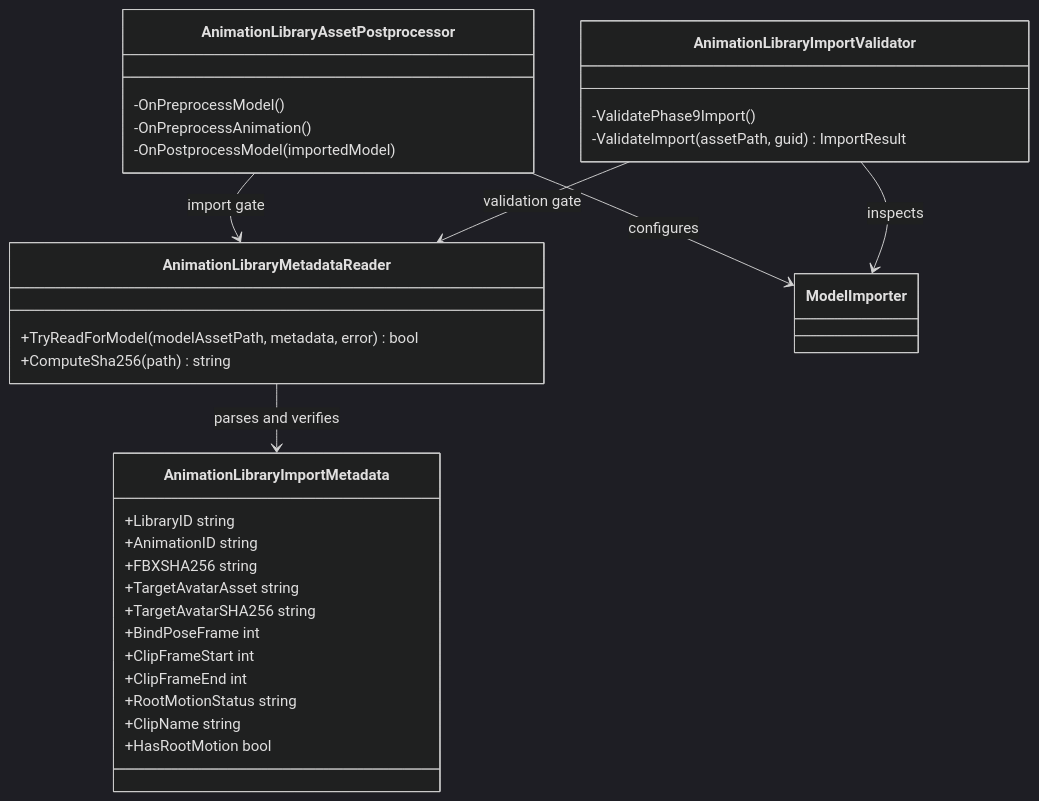
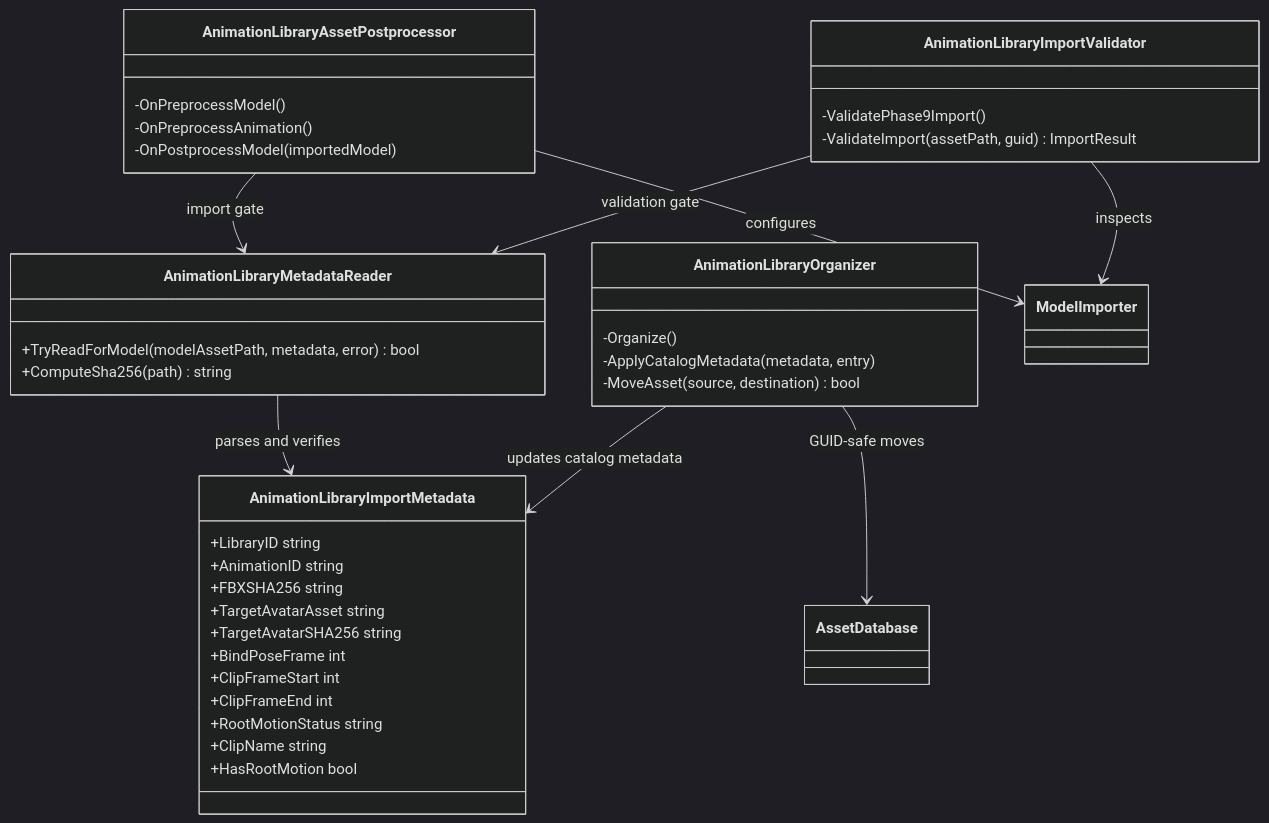
Before and after one commit to MaximFonariuc/project-s: the diagram in Assets/_App/Core/Editor/AnimationLibrary/README.md, drawn with Mermaid (dark theme). The commit also changed other lines of this file and 5996 other files, not shown here.

Commit message:
Organize imported player animation catalog

````diff
--- a/Assets/_App/Core/Editor/AnimationLibrary/README.md
+++ b/Assets/_App/Core/Editor/AnimationLibrary/README.md
@@ -5,35 +5,42 @@
 ```mermaid
 classDiagram
     class AnimationLibraryImportMetadata {
         +LibraryID string
         +AnimationID string
         +FBXSHA256 string
         +TargetAvatarAsset string
         +TargetAvatarSHA256 string
         +BindPoseFrame int
         +ClipFrameStart int
         +ClipFrameEnd int
         +RootMotionStatus string
         +ClipName string
         +HasRootMotion bool
     }
     class AnimationLibraryMetadataReader {
         +TryReadForModel(modelAssetPath, metadata, error) bool
         +ComputeSha256(path) string
     }
     class AnimationLibraryAssetPostprocessor {
         -OnPreprocessModel()
         -OnPreprocessAnimation()
         -OnPostprocessModel(importedModel)
     }
     class AnimationLibraryImportValidator {
         -ValidatePhase9Import()
         -ValidateImport(assetPath, guid) ImportResult
     }
+    class AnimationLibraryOrganizer {
+        -Organize()
+        -ApplyCatalogMetadata(metadata, entry)
+        -MoveAsset(source, destination) bool
+    }
 
     AnimationLibraryMetadataReader --> AnimationLibraryImportMetadata : parses and verifies
     AnimationLibraryAssetPostprocessor --> AnimationLibraryMetadataReader : import gate
     AnimationLibraryImportValidator --> AnimationLibraryMetadataReader : validation gate
+    AnimationLibraryOrganizer --> AnimationLibraryImportMetadata : updates catalog metadata
+    AnimationLibraryOrganizer --> AssetDatabase : GUID-safe moves
     AnimationLibraryAssetPostprocessor --> ModelImporter : configures
     AnimationLibraryImportValidator --> ModelImporter : inspects
 ```
````
